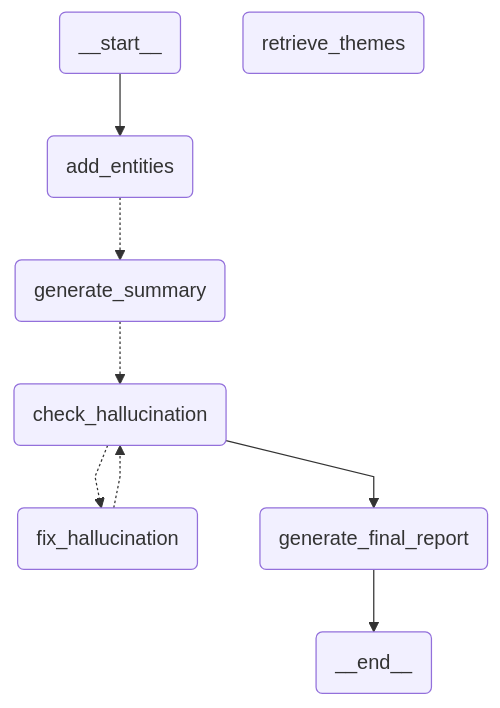
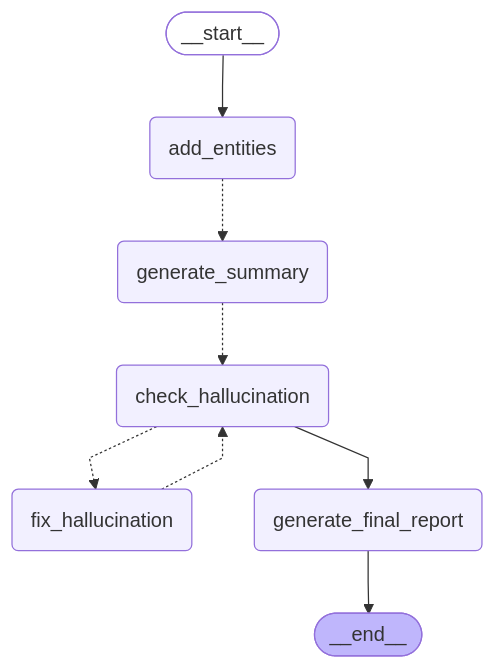
The diagram in README.md (cjber/planning-ai), drawn with Mermaid before and after one commit. The commit also changed 1 other file, not shown here.

Commit message:
fix: remove redundant edge

````diff
--- a/README.md
+++ b/README.md
@@ -13,22 +13,21 @@
 ```mermaid
 %%{init: {'flowchart': {'curve': 'linear'}}}%%
 graph TD;
-        __start__(<p>__start__</p>)
+        __start__([<p>__start__</p>]):::first
         add_entities(add_entities)
-        retrieve_themes(retrieve_themes)
         generate_summary(generate_summary)
         check_hallucination(check_hallucination)
         fix_hallucination(fix_hallucination)
         generate_final_report(generate_final_report)
-        __end__(<p>__end__</p>)
+        __end__([<p>__end__</p>]):::last
         __start__ --> add_entities;
         check_hallucination --> generate_final_report;
         generate_final_report --> __end__;
         add_entities -.-> generate_summary;
         generate_summary -.-> check_hallucination;
         check_hallucination -.-> fix_hallucination;
         fix_hallucination -.-> check_hallucination;
         classDef default fill:#f2f0ff,line-height:1.2
         classDef first fill-opacity:0
         classDef last fill:#bfb6fc
 ```
````
